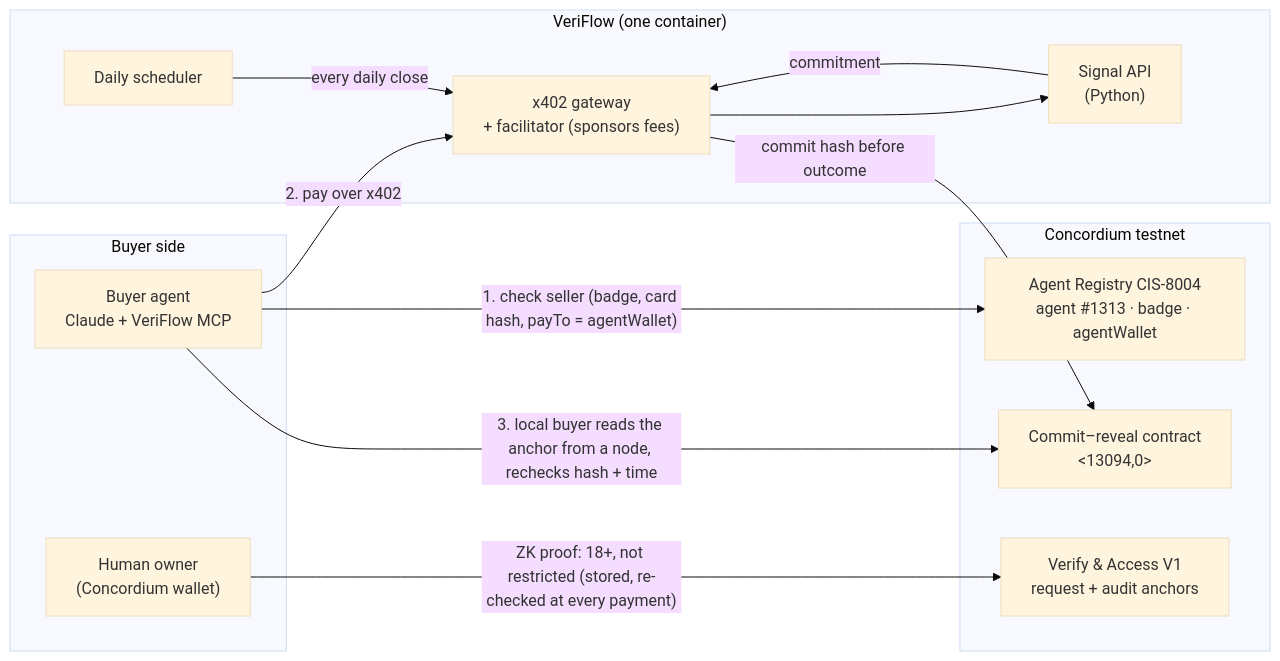
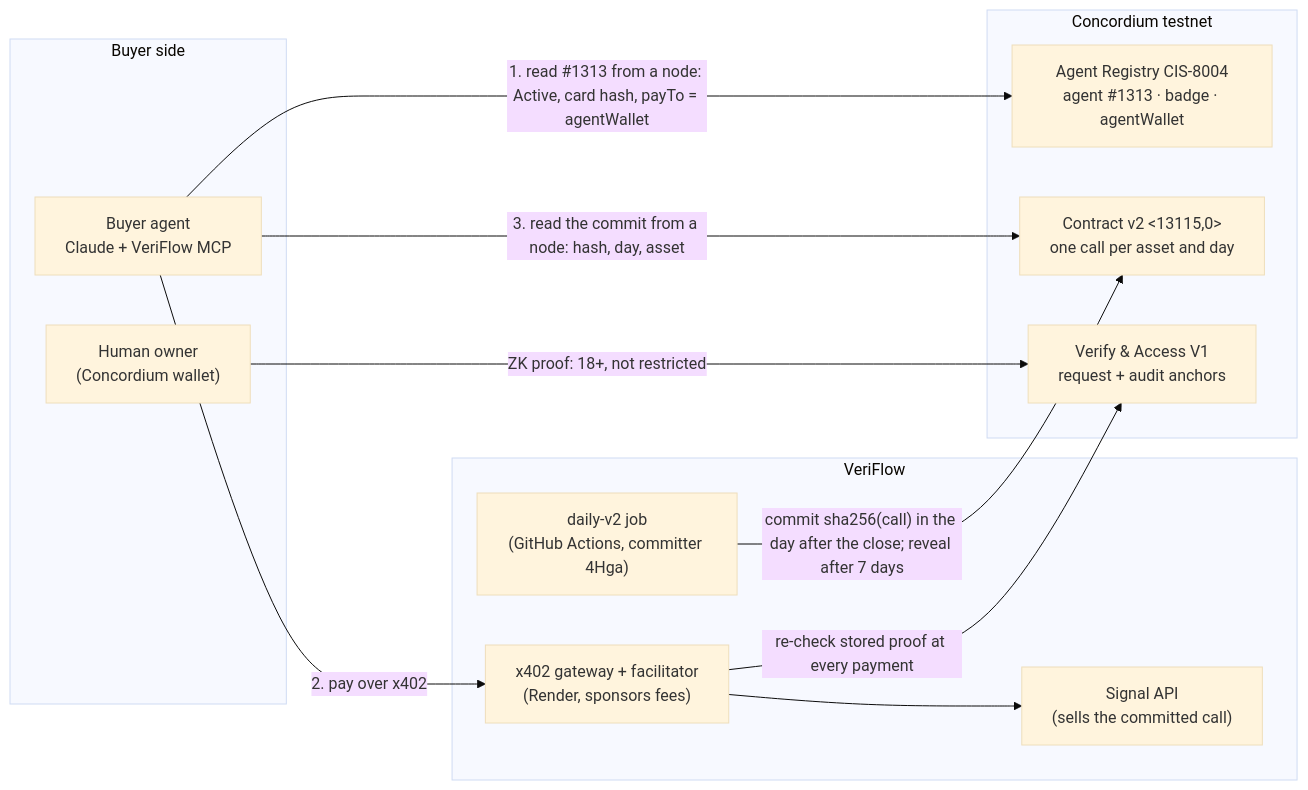
One commit to jiahaoc040-ai/veriflow changed the first of 2 diagrams in README.md. Above: the diagram before and after it, drawn with Mermaid (base theme). The commit also changed other lines of this file and 4 other files, not shown here.

First line of the commit message:
README and TRY_IT rewritten for a first-time judge; buyer CLI prints the seller check

````diff
--- a/README.md
+++ b/README.md
@@ -32,25 +66,24 @@
 ```mermaid
 flowchart LR
   subgraph Buyer["Buyer side"]
     H["Human owner<br/>(Concordium wallet)"]
     A["Buyer agent<br/>Claude + VeriFlow MCP"]
   end
-  subgraph Seller["VeriFlow (one container)"]
-    G["x402 gateway<br/>+ facilitator (sponsors fees)"]
-    P["Signal API<br/>(Python)"]
-    D["Daily scheduler"]
+  subgraph Seller["VeriFlow"]
+    G["x402 gateway + facilitator<br/>(Render, sponsors fees)"]
+    P["Signal API<br/>(sells the committed call)"]
+    D["daily-v2 job<br/>(GitHub Actions, committer 4Hga)"]
   end
   subgraph Chain["Concordium testnet"]
     R["Agent Registry CIS-8004<br/>agent #1313 · badge · agentWallet"]
-    C["Commit–reveal contract<br/>&lt;13094,0&gt;"]
+    C["Contract v2 &lt;13115,0&gt;<br/>one call per asset and day"]
     V["Verify & Access V1<br/>request + audit anchors"]
   end
-  H -- "ZK proof: 18+, not restricted (stored, re-checked at every payment)" --> V
-  A -- "1. check seller (badge, card hash, payTo = agentWallet)" --> R
+  H -- "ZK proof: 18+, not restricted" --> V
+  A -- "1. read #1313 from a node: Active, card hash, payTo = agentWallet" --> R
   A -- "2. pay over x402" --> G
+  G -- "re-check stored proof at every payment" --> V
   G --> P
-  P -- "commitment" --> G
-  G -- "commit hash before outcome" --> C
-  D -- "every daily close" --> G
-  A -- "3. local buyer reads the anchor from a node, rechecks hash + time" --> C
+  D -- "commit sha256(call) in the day after the close; reveal after 7 days" --> C
+  A -- "3. read the commit from a node: hash, day, asset" --> C
 ```
````
